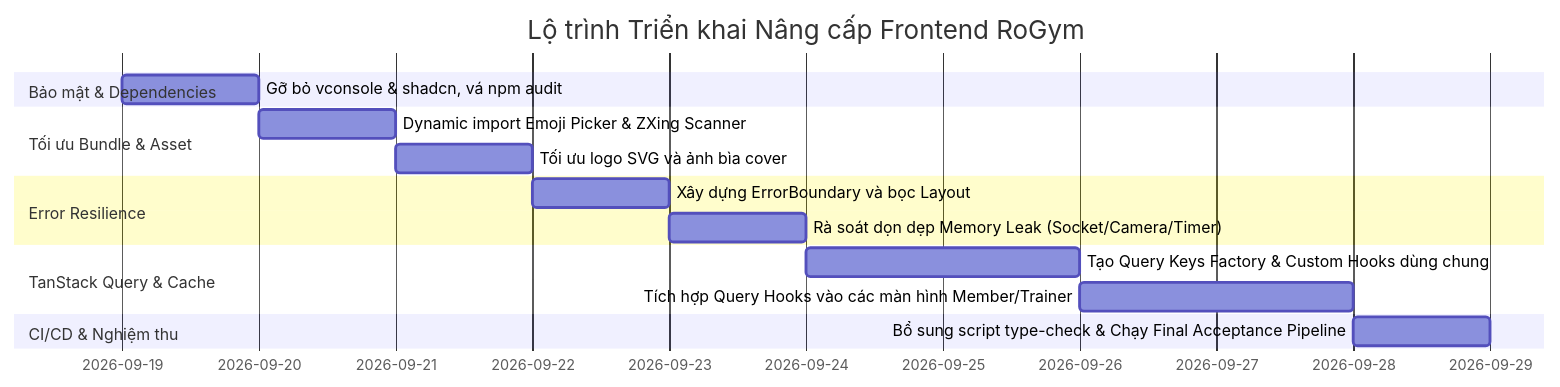
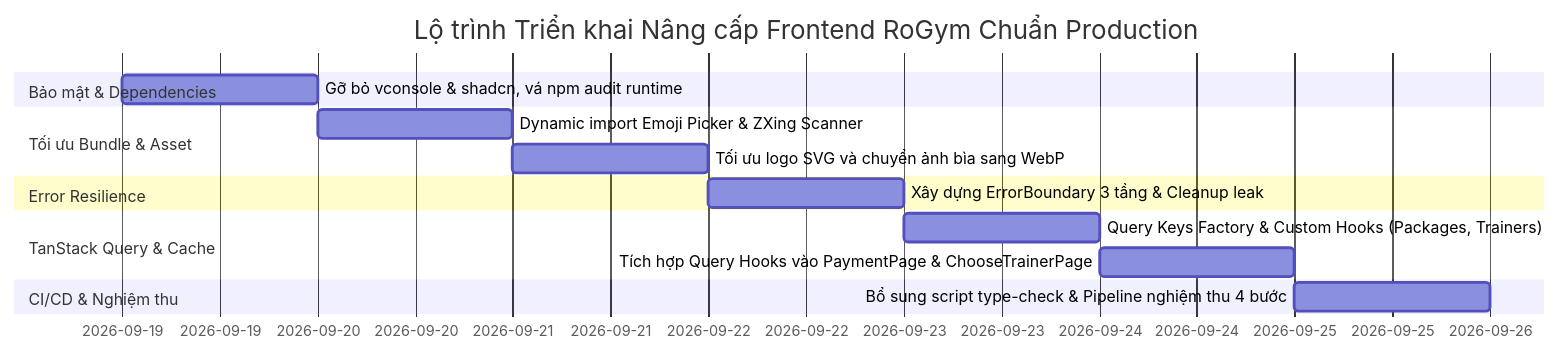
Before and after one commit to lethanhan01/gym-management-system: the second of 2 diagrams in docs/VI/fe-optimization-production-plan.md, drawn with Mermaid. The commit also changed other lines of this file, not shown here.

````diff
--- a/docs/VI/fe-optimization-production-plan.md
+++ b/docs/VI/fe-optimization-production-plan.md
@@ -84,18 +187,17 @@
 ```mermaid
 gantt
-    title Lộ trình Triển khai Nâng cấp Frontend RoGym
+    title Lộ trình Triển khai Nâng cấp Frontend RoGym Chuẩn Production
     dateFormat  YYYY-MM-DD
     section Bảo mật & Dependencies
-    Gỡ bỏ vconsole & shadcn, vá npm audit :m1, 2026-09-19, 1d
+    Gỡ bỏ vconsole & shadcn, vá npm audit runtime :m1, 2026-09-19, 1d
     section Tối ưu Bundle & Asset
     Dynamic import Emoji Picker & ZXing Scanner :m2_1, after m1, 1d
-    Tối ưu logo SVG và ảnh bìa cover :m2_2, after m2_1, 1d
+    Tối ưu logo SVG và chuyển ảnh bìa sang WebP :m2_2, after m2_1, 1d
     section Error Resilience
-    Xây dựng ErrorBoundary và bọc Layout :m3, after m2_2, 1d
-    Rà soát dọn dẹp Memory Leak (Socket/Camera/Timer) :m3_2, after m3, 1d
+    Xây dựng ErrorBoundary 3 tầng & Cleanup leak :m3, after m2_2, 1d
     section TanStack Query & Cache
-    Tạo Query Keys Factory & Custom Hooks dùng chung :m4_1, after m3_2, 2d
-    Tích hợp Query Hooks vào các màn hình Member/Trainer :m4_2, after m4_1, 2d
+    Query Keys Factory & Custom Hooks (Packages, Trainers) :m4_1, after m3, 1d
+    Tích hợp Query Hooks vào PaymentPage & ChooseTrainerPage :m4_2, after m4_1, 1d
     section CI/CD & Nghiệm thu
-    Bổ sung script type-check & Chạy Final Acceptance Pipeline :m5, after m4_2, 1d
+    Bổ sung script type-check & Pipeline nghiệm thu 4 bước :m5, after m4_2, 1d
 ```
````
